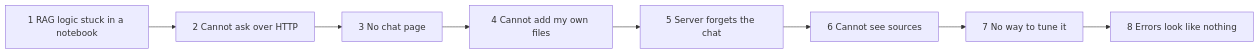
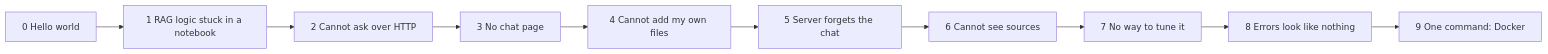
Before and after one commit to Thommans-Playground/coursera-IBM-RAG-Agentic-AI-Professional-Certificate: the first of 8 diagrams in course2/module2/tutorials/02-build-the-rag-web-app.md, drawn with Mermaid. The commit also changed other lines of this file and 32 other files, not shown here.

````diff
--- a/course2/module2/tutorials/02-build-the-rag-web-app.md
+++ b/course2/module2/tutorials/02-build-the-rag-web-app.md
@@ -11,10 +11,12 @@
 ```mermaid
 flowchart LR
+    S0["0 Hello world"] --> S1["1 RAG logic stuck in a notebook"]
     S1["1 RAG logic stuck in a notebook"] --> S2["2 Cannot ask over HTTP"]
     S2 --> S3["3 No chat page"]
     S3 --> S4["4 Cannot add my own files"]
     S4 --> S5["5 Server forgets the chat"]
     S5 --> S6["6 Cannot see sources"]
     S6 --> S7["7 No way to tune it"]
     S7 --> S8["8 Errors look like nothing"]
+    S8 --> S9["9 One command: Docker"]
 ```
````
